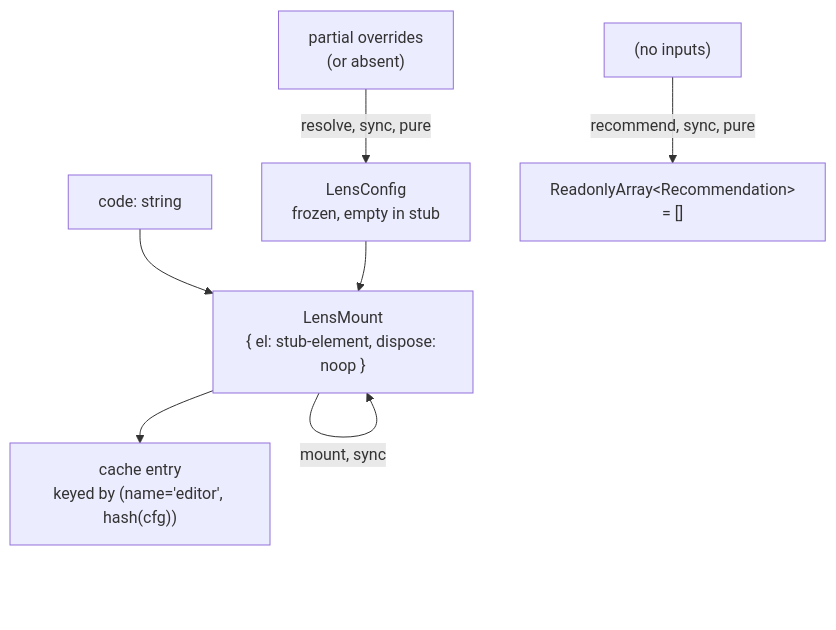
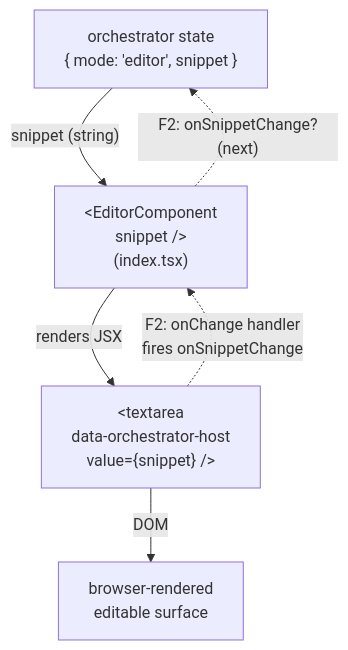
Before and after one commit to codeschoolinabox/curricula: the diagram in src/lib/welcome-to-programming/just-enough/javascript/orchestrate/editor/DOCS.md, drawn with Mermaid. The commit also changed other lines of this file and 4 other files, not shown here.

Commit message:
docs: lock F1 orchestrator contract — drop format step + sentinel banners; reshape editor as React component

````diff
--- a/src/lib/welcome-to-programming/just-enough/javascript/orchestrate/editor/DOCS.md
+++ b/src/lib/welcome-to-programming/just-enough/javascript/orchestrate/editor/DOCS.md
@@ -81,9 +43,10 @@
 ```mermaid
 flowchart TD
-    Overrides["partial overrides<br/>(or absent)"] -->|"resolve, sync, pure"| Cfg["LensConfig<br/>frozen, empty in stub"]
-    Code["code: string"] --> Mounted
-    Cfg --> Mounted["LensMount<br/>{ el: stub-element, dispose: noop }"]
-    Mounted -->|"mount, sync"| Mounted
-    Mounted --> CacheKey["cache entry<br/>keyed by (name='editor', hash(cfg))"]
-    NoInput["(no inputs)"] -->|"recommend, sync, pure"| Empty["ReadonlyArray&lt;Recommendation&gt;<br/>= []"]
+    OrchestratorProps["orchestrator state<br/>{ mode: 'editor', snippet }"]
+    OrchestratorProps -->|"snippet (string)"| Editor["&lt;EditorComponent<br/>snippet /&gt;<br/>(index.tsx)"]
+    Editor -->|"renders JSX"| Host["&lt;textarea<br/>data-orchestrator-host<br/>value={snippet} /&gt;"]
+    Host -->|"DOM"| Browser["browser-rendered<br/>editable surface"]
+
+    Editor -. "F2: onSnippetChange?(next)" .-> OrchestratorProps
+    Host -. "F2: onChange handler<br/>fires onSnippetChange" .-> Editor
 ```
````
